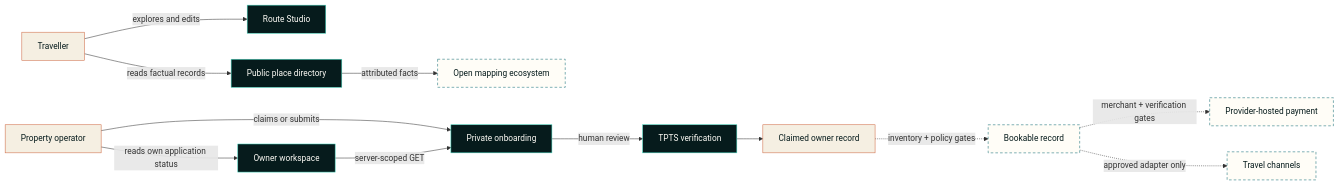
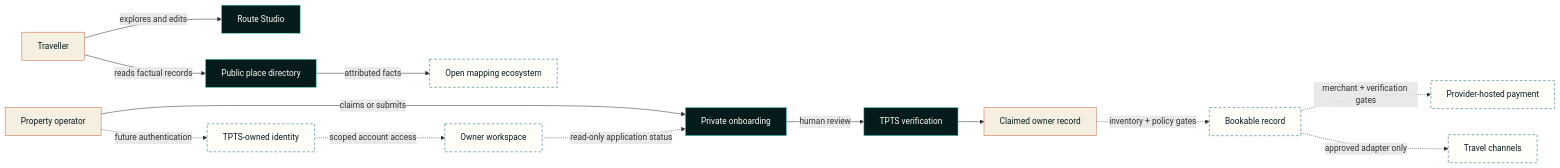
Before and after one commit to freeman-ipumbu/tpts-grid-case-study: the first of 2 diagrams in docs/architecture.md, drawn with Mermaid. The commit also changed other lines of this file and 3 other files, not shown here.

Commit message:
Clarify the TPTS Grid identity boundary

````diff
--- a/docs/architecture.md
+++ b/docs/architecture.md
@@ -29,21 +29,22 @@
 ```mermaid
 flowchart LR
     traveller[Traveller] -->|explores and edits| route[Route Studio]
     traveller -->|reads factual records| directory[Public place directory]
     host[Property operator] -->|claims or submits| onboarding[Private onboarding]
-    host -->|reads own application status| workspace[Owner workspace]
-    workspace -->|server-scoped GET| onboarding
+    host -. future authentication .-> ownerIdentity[TPTS-owned identity]
+    ownerIdentity -. scoped account access .-> workspace[Owner workspace]
+    workspace -. read-only application status .-> onboarding
     onboarding -->|human review| ops[TPTS verification]
     directory -->|attributed facts| maps[Open mapping ecosystem]
     ops --> claimed[Claimed owner record]
     claimed -. inventory + policy gates .-> bookable[Bookable record]
     bookable -. merchant + verification gates .-> payment[Provider-hosted payment]
     bookable -. approved adapter only .-> channels[Travel channels]
 
     classDef core fill:#061b1c,stroke:#42d5bd,color:#fffdf7;
     classDef human fill:#f5efe2,stroke:#ce6842,color:#061b1c;
     classDef external fill:#fffdf7,stroke:#0d6872,color:#061b1c,stroke-dasharray:5 4;
-    class route,directory,onboarding,workspace,ops core;
+    class route,directory,onboarding,ops core;
     class traveller,host,claimed human;
-    class maps,bookable,payment,channels external;
+    class maps,ownerIdentity,workspace,bookable,payment,channels external;
 ```
````
